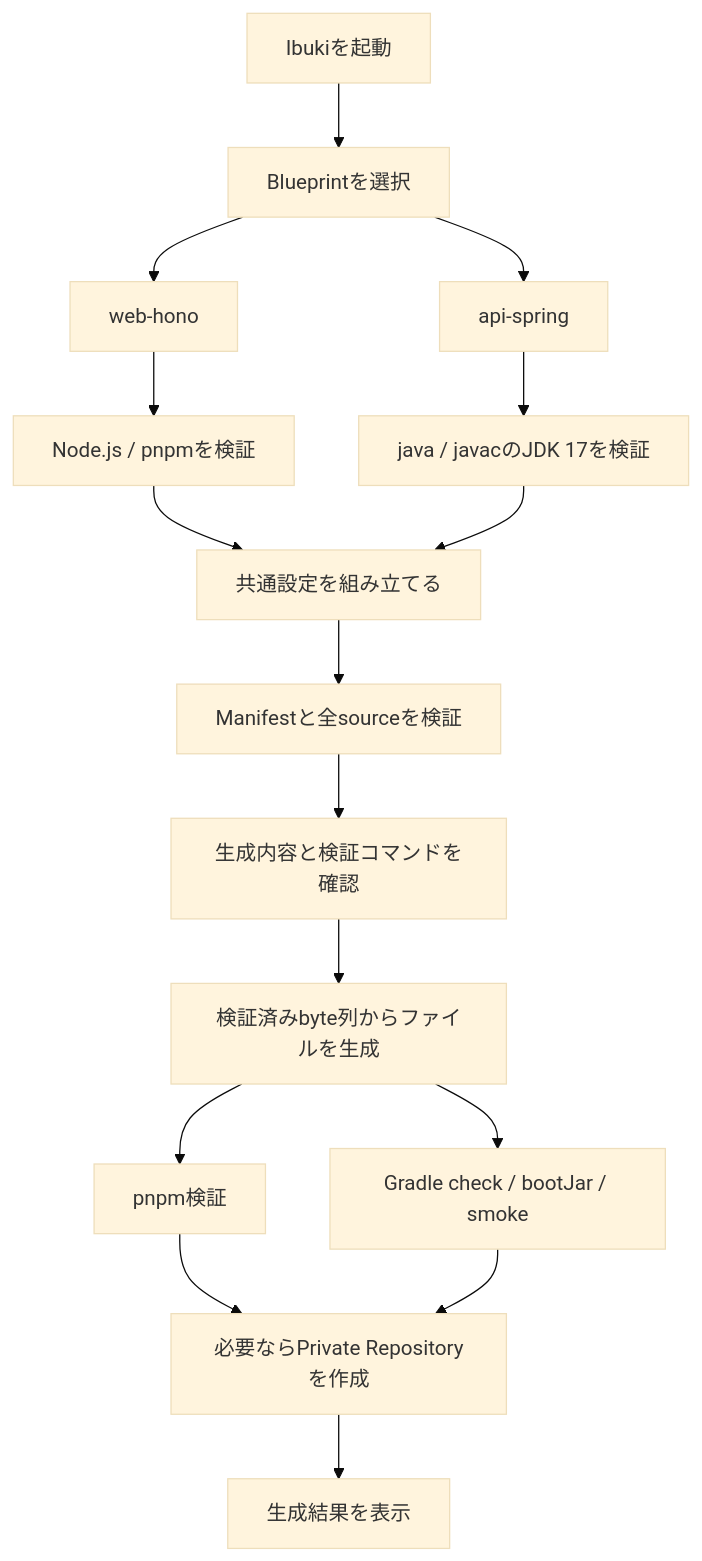
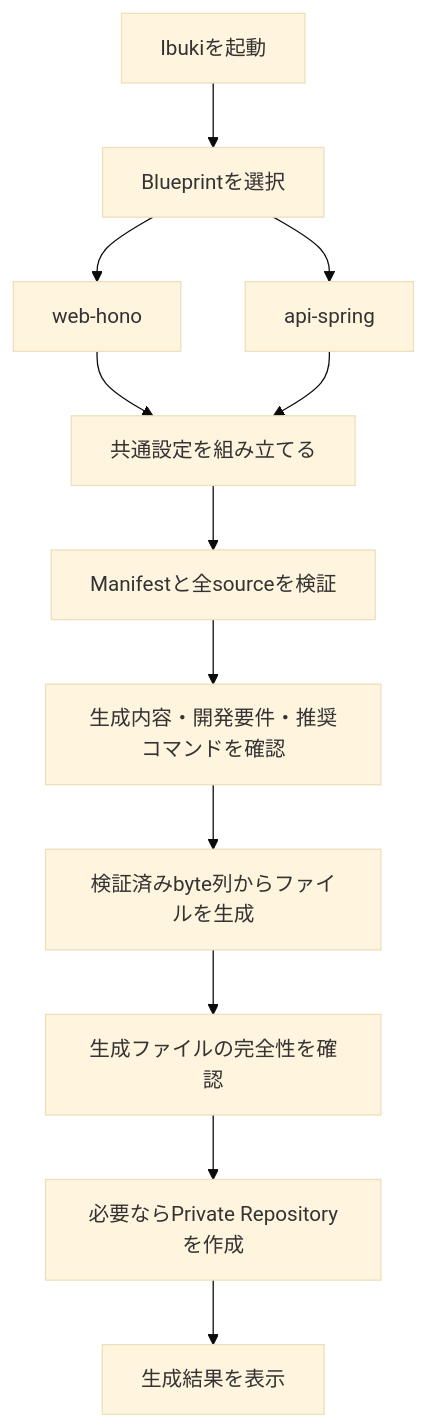
Before and after one commit to rukaruka966/ibuki-bootstrapper: the diagram in docs/design/v0.5-spring-api-blueprint.md, drawn with Mermaid (base theme). The commit also changed other lines of this file and 27 other files, not shown here.

````diff
--- a/docs/design/v0.5-spring-api-blueprint.md
+++ b/docs/design/v0.5-spring-api-blueprint.md
@@ -29,21 +29,16 @@
 ```mermaid
 flowchart TD
     Start["Ibukiを起動"] --> Select["Blueprintを選択"]
     Select --> WebHono["web-hono"]
     Select --> ApiSpring["api-spring"]
 
-    WebHono --> NodePreflight["Node.js / pnpmを検証"]
-    ApiSpring --> JvmPreflight["java / javacのJDK 17を検証"]
-
-    NodePreflight --> Resolve["共通設定を組み立てる"]
-    JvmPreflight --> Resolve
+    WebHono --> Resolve["共通設定を組み立てる"]
+    ApiSpring --> Resolve
     Resolve --> Validate["Manifestと全sourceを検証"]
-    Validate --> Confirm["生成内容と検証コマンドを確認"]
+    Validate --> Confirm["生成内容・開発要件・推奨コマンドを確認"]
     Confirm --> Generate["検証済みbyte列からファイルを生成"]
 
-    Generate --> WebVerify["pnpm検証"]
-    Generate --> SpringVerify["Gradle check / bootJar / smoke"]
-    WebVerify --> GitHub["必要ならPrivate Repositoryを作成"]
-    SpringVerify --> GitHub
+    Generate --> FileVerify["生成ファイルの完全性を確認"]
+    FileVerify --> GitHub["必要ならPrivate Repositoryを作成"]
     GitHub --> Complete["生成結果を表示"]
 ```
````
